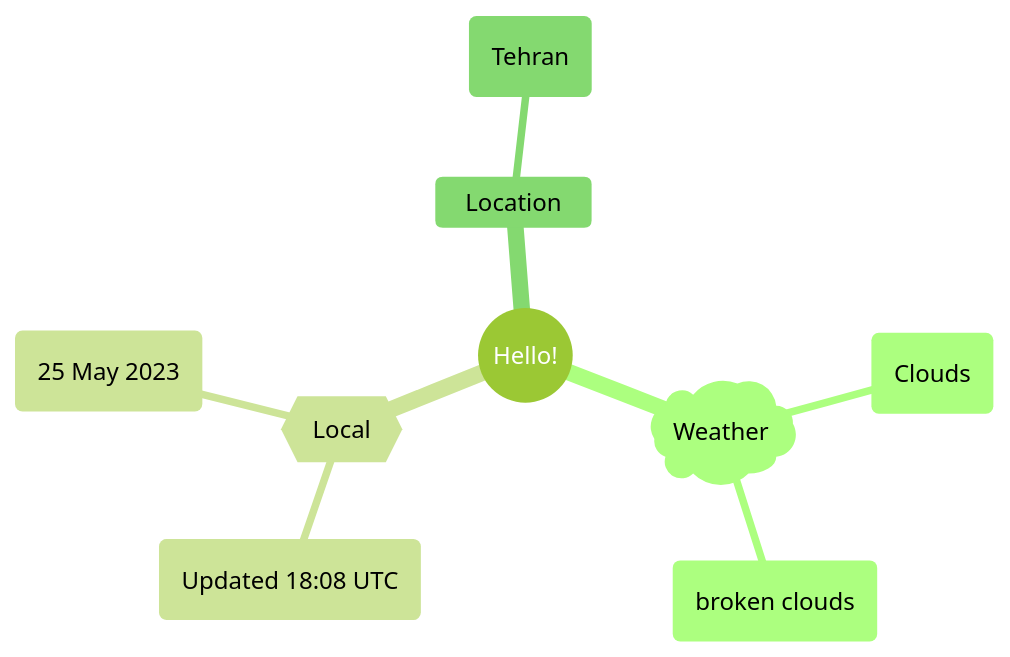
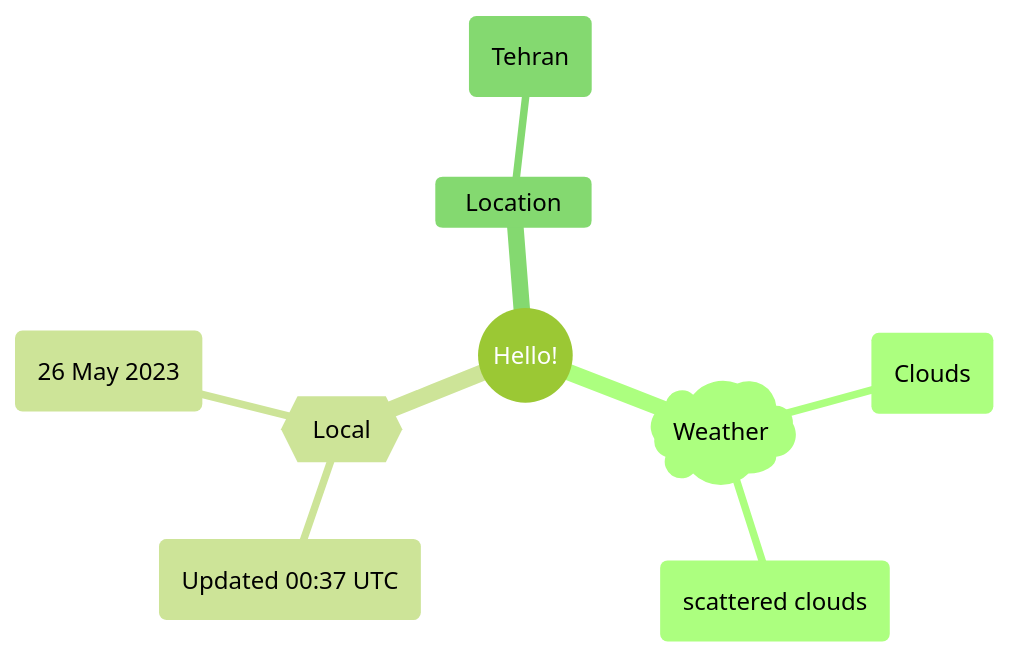
Before and after one commit to Xosrov/Xosrov: the first of 2 diagrams in README.md, drawn with Mermaid (forest theme).

Commit message:
[bot] updated images

````diff
--- a/README.md
+++ b/README.md
@@ -3,12 +3,12 @@
 ```mermaid
 mindmap
   root((Hello!))
     )Weather(
         (Clouds)
-        (broken clouds)
+        (scattered clouds)
     {{Local}}
-        (Updated 18:08 UTC)
-        (25 May 2023)
+        (Updated 00:37 UTC)
+        (26 May 2023)
     Location
         (Tehran)
 ```
````
